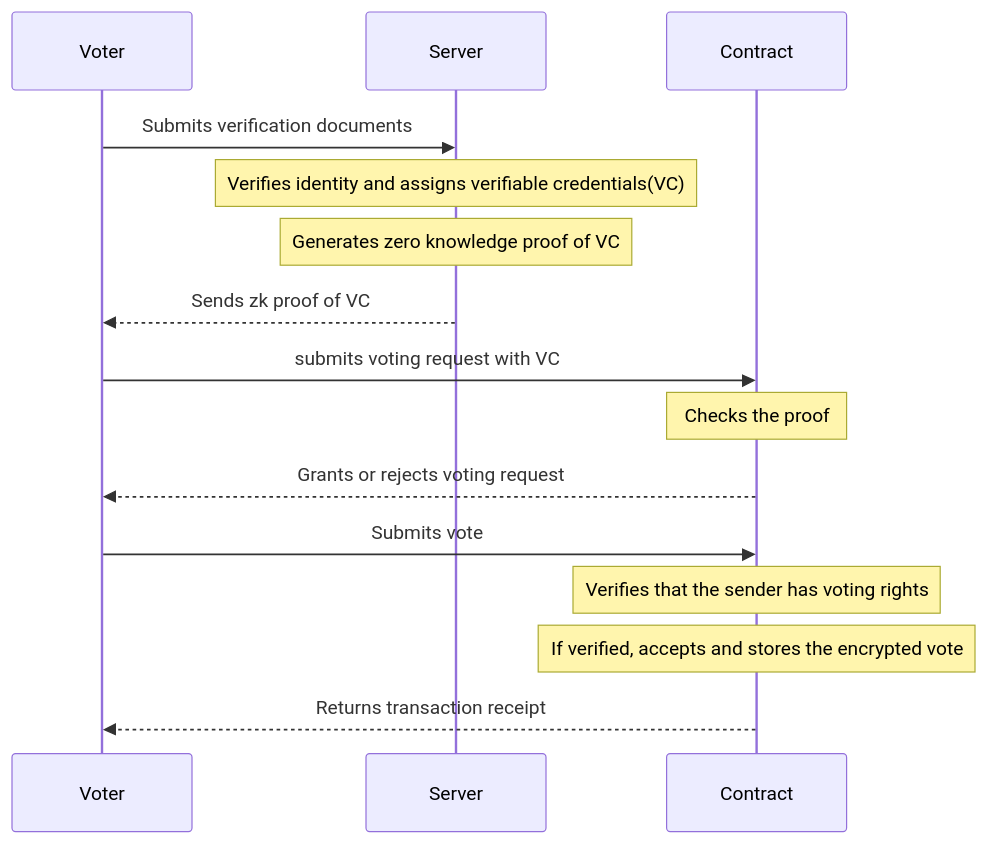
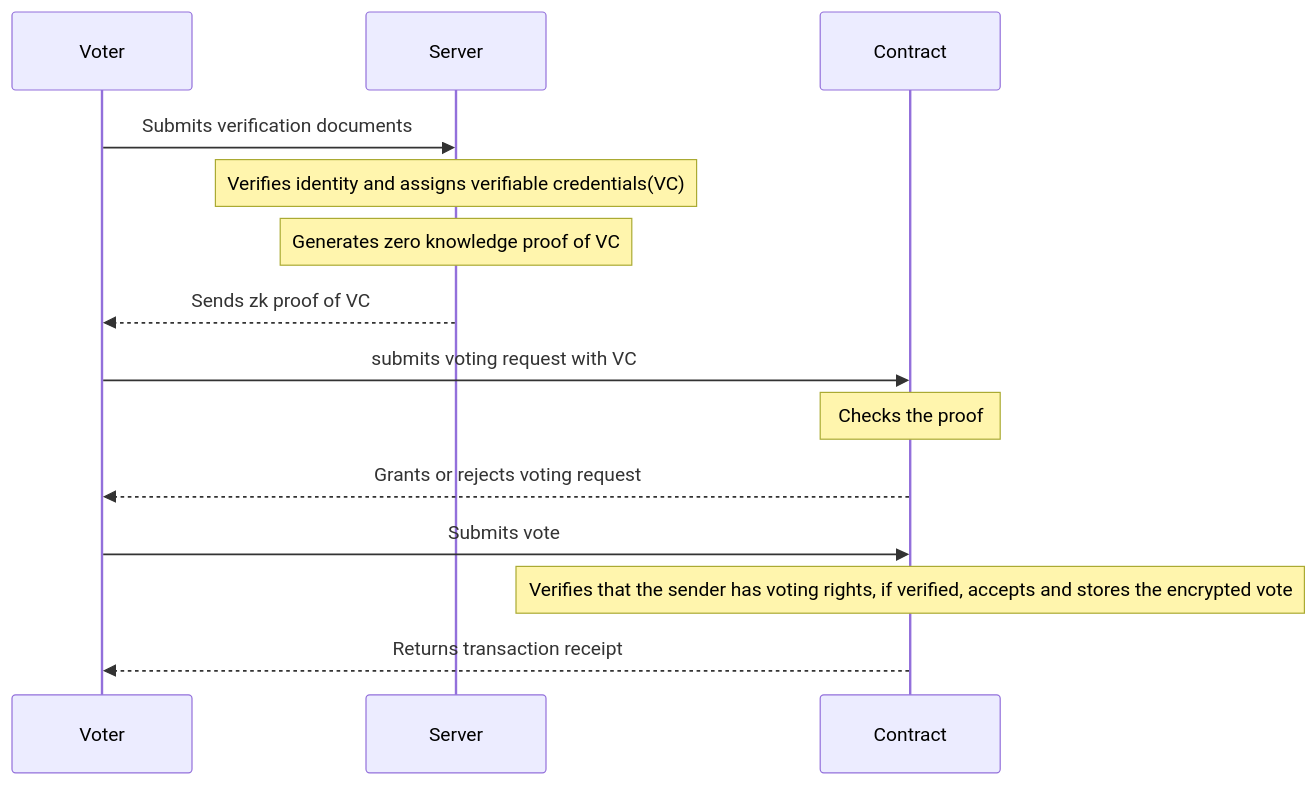
One commit to MogboPython/Elektor changed the diagram in README.md. Above: the diagram before and after it, drawn with Mermaid. The commit also changed other lines of this file, not shown here.

````diff
--- a/README.md
+++ b/README.md
@@ -22,18 +22,17 @@
 ```mermaid
 sequenceDiagram
     participant Voter
     participant Server
     participant Contract
 
     Voter->>Server: Submits verification documents
     Note over Server: Verifies identity and assigns verifiable credentials(VC)
     Note over Server: Generates zero knowledge proof of VC
     Server-->>Voter: Sends zk proof of VC
     Voter->>Contract: submits voting request with VC
     Note over Contract: Checks the proof
     Contract-->>Voter: Grants or rejects voting request
     Voter->>Contract: Submits vote
-    Note over Contract: Verifies that the sender has voting rights
-    Note over Contract: If verified, accepts and stores the encrypted vote
+    Note over Contract: Verifies that the sender has voting rights, if verified, accepts and stores the encrypted vote
     Contract-->>Voter: Returns transaction receipt
 ```
````
